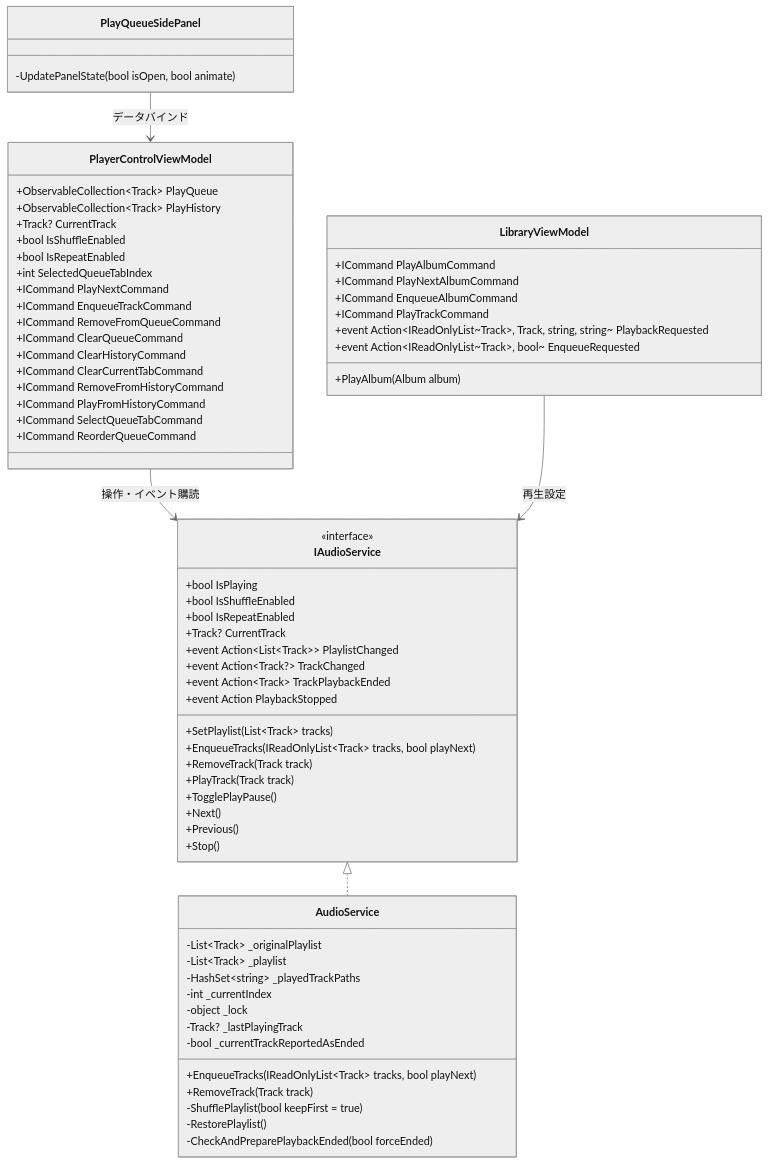
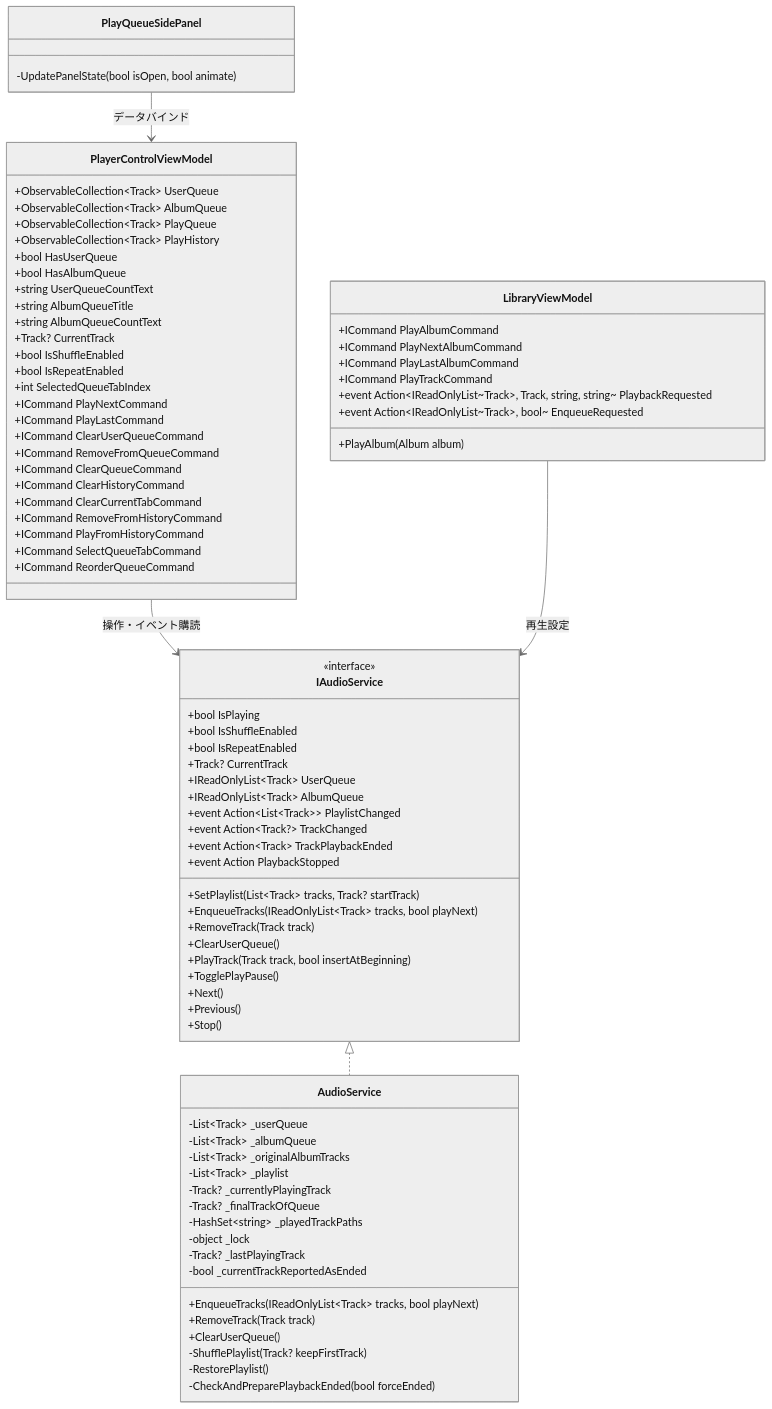
One commit to taketonnbo/Audio_Effector changed the first of 4 diagrams in 設計/詳細設計/再生キュー.md. Above: the diagram before and after it, drawn with Mermaid (neutral theme). The commit also changed other lines of this file and 2 other files, not shown here.

```diff
--- a/設計/詳細設計/再生キュー.md
+++ b/設計/詳細設計/再生キュー.md
@@ -21,14 +21,17 @@
         +bool IsShuffleEnabled
         +bool IsRepeatEnabled
         +Track? CurrentTrack
+        +IReadOnlyList~Track~ UserQueue
+        +IReadOnlyList~Track~ AlbumQueue
         +event Action~List~Track~~ PlaylistChanged
         +event Action~Track?~ TrackChanged
         +event Action~Track~ TrackPlaybackEnded
         +event Action PlaybackStopped
-        +SetPlaylist(List~Track~ tracks)
+        +SetPlaylist(List~Track~ tracks, Track? startTrack)
         +EnqueueTracks(IReadOnlyList~Track~ tracks, bool playNext)
         +RemoveTrack(Track track)
-        +PlayTrack(Track track)
+        +ClearUserQueue()
+        +PlayTrack(Track track, bool insertAtBeginning)
         +TogglePlayPause()
         +Next()
         +Previous()
@@ -36,29 +39,41 @@
     }
 
     class AudioService {
-        -List~Track~ _originalPlaylist
+        -List~Track~ _userQueue
+        -List~Track~ _albumQueue
+        -List~Track~ _originalAlbumTracks
         -List~Track~ _playlist
+        -Track? _currentlyPlayingTrack
+        -Track? _finalTrackOfQueue
         -HashSet~string~ _playedTrackPaths
-        -int _currentIndex
         -object _lock
         -Track? _lastPlayingTrack
         -bool _currentTrackReportedAsEnded
         +EnqueueTracks(IReadOnlyList~Track~ tracks, bool playNext)
         +RemoveTrack(Track track)
-        -ShufflePlaylist(bool keepFirst = true)
+        +ClearUserQueue()
+        -ShufflePlaylist(Track? keepFirstTrack)
         -RestorePlaylist()
         -CheckAndPreparePlaybackEnded(bool forceEnded)
     }
 
     class PlayerControlViewModel {
+        +ObservableCollection~Track~ UserQueue
+        +ObservableCollection~Track~ AlbumQueue
         +ObservableCollection~Track~ PlayQueue
         +ObservableCollection~Track~ PlayHistory
+        +bool HasUserQueue
+        +bool HasAlbumQueue
+        +string UserQueueCountText
+        +string AlbumQueueTitle
+        +string AlbumQueueCountText
         +Track? CurrentTrack
         +bool IsShuffleEnabled
         +bool IsRepeatEnabled
         +int SelectedQueueTabIndex
         +ICommand PlayNextCommand
-        +ICommand EnqueueTrackCommand
+        +ICommand PlayLastCommand
+        +ICommand ClearUserQueueCommand
         +ICommand RemoveFromQueueCommand
         +ICommand ClearQueueCommand
         +ICommand ClearHistoryCommand
@@ -72,7 +87,7 @@
     class LibraryViewModel {
         +ICommand PlayAlbumCommand
         +ICommand PlayNextAlbumCommand
-        +ICommand EnqueueAlbumCommand
+        +ICommand PlayLastAlbumCommand
         +ICommand PlayTrackCommand
         +PlayAlbum(Album album)
         +event Action~IReadOnlyList~Track~, Track, string, string~ PlaybackRequested
```
